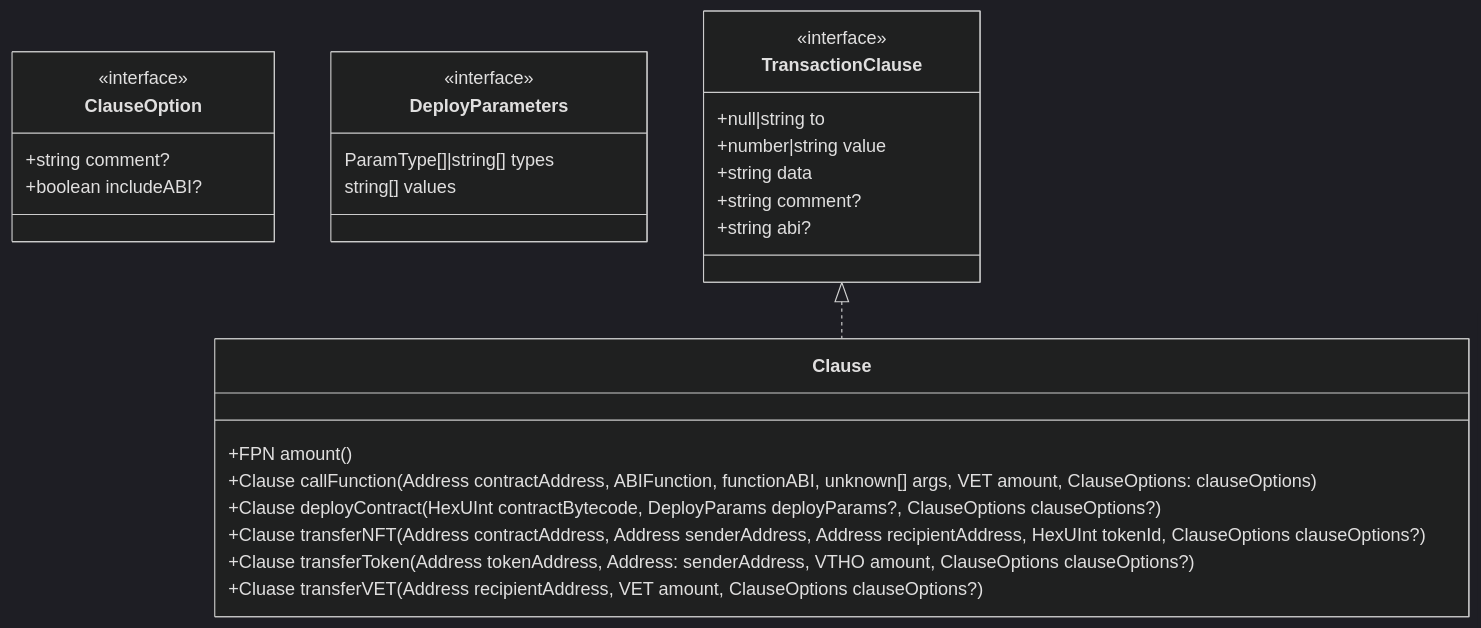
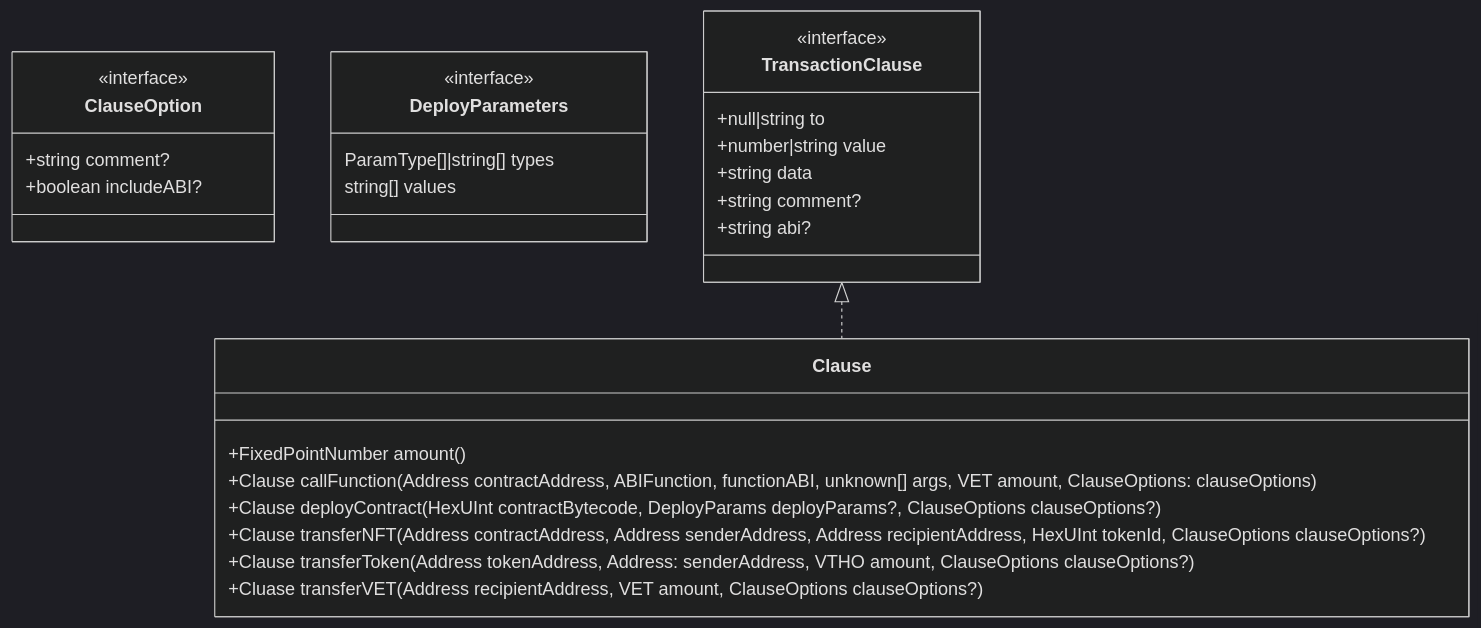
One commit to vechain/vechain-sdk-js changed the diagram in docs/diagrams/architecture/transaction.md. Above: the diagram before and after it, drawn with Mermaid (dark theme). The commit also changed 19 other files, not shown here.

Commit message:
refactor: 1335 FPN.ts renamed FixedPointNumber.ts

````diff
--- a/docs/diagrams/architecture/transaction.md
+++ b/docs/diagrams/architecture/transaction.md
@@ -1,30 +1,30 @@
 ```mermaid
 classDiagram
     class Clause {
-        +FPN amount()
+        +FixedPointNumber amount()
         +Clause callFunction(Address contractAddress, ABIFunction, functionABI, unknown[] args, VET amount, ClauseOptions: clauseOptions)
         +Clause deployContract(HexUInt contractBytecode, DeployParams deployParams?, ClauseOptions clauseOptions?)
         +Clause transferNFT(Address contractAddress, Address senderAddress, Address recipientAddress, HexUInt tokenId, ClauseOptions clauseOptions?)
         +Clause transferToken(Address tokenAddress, Address: senderAddress, VTHO amount, ClauseOptions clauseOptions?)
         +Cluase transferVET(Address recipientAddress, VET amount, ClauseOptions clauseOptions?)
     }
     class ClauseOption{
         <<interface>>
         +string comment?
         +boolean includeABI?
     }
     class DeployParameters {
         <<interface>>
         ParamType[]|string[] types
         string[] values
     }
     class TransactionClause {
         <<interface>>
         +null|string to
         +number|string value
         +string data
         +string comment?
         +string abi?
     }
     TransactionClause <|.. Clause
 ```
````
